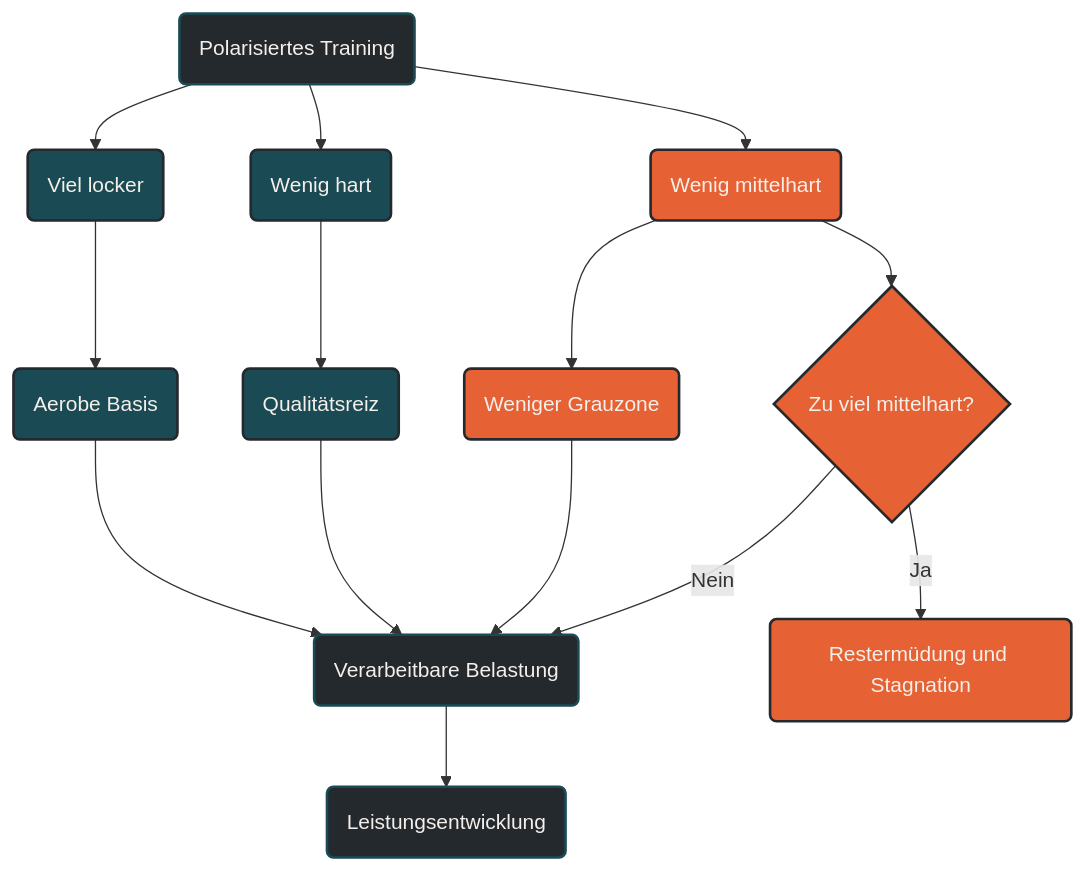
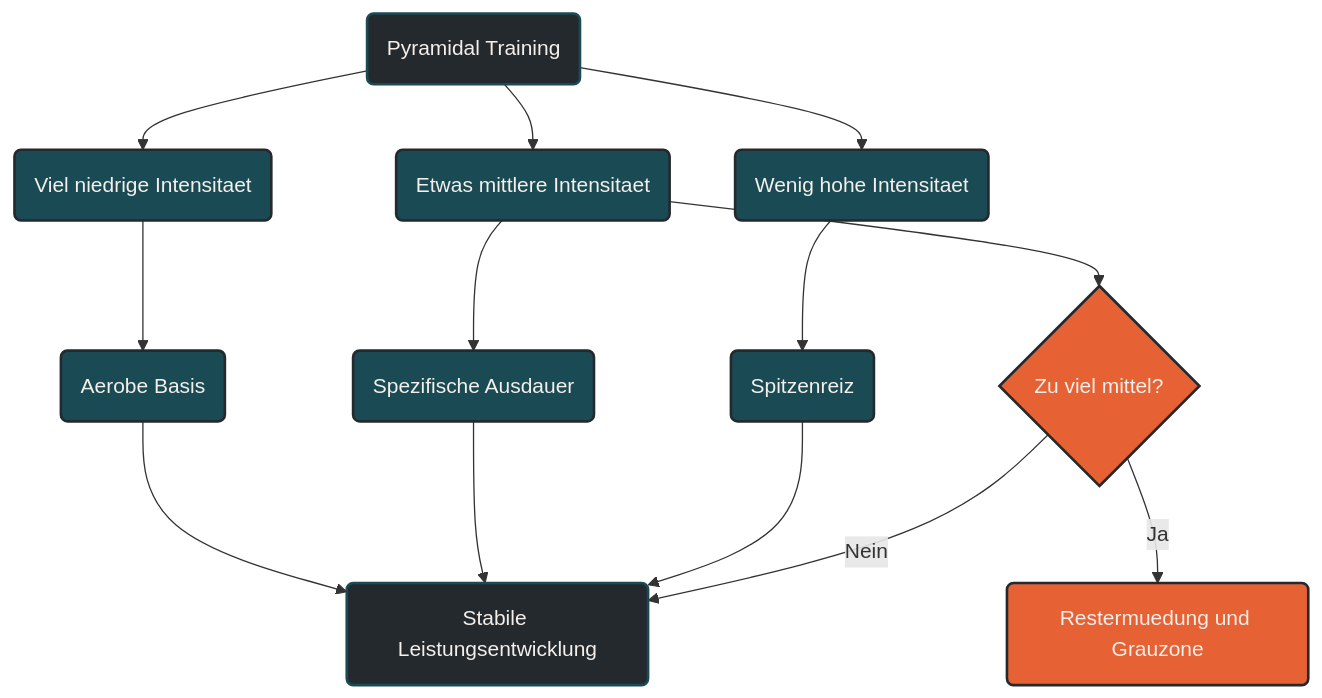
Before and after one commit to Quixos40K/ausdauersport-typemill: the diagram in content/00-ausdauersport/00-trainingswissenschaft/01-trainingsintensitaeten/05-pyramidal-training.md, drawn with Mermaid. The commit also changed other lines of this file, not shown here.

First line of the commit message:
Change 'Polarisiertes Training' to 'Pyramidal Training'

````diff
--- a/content/00-ausdauersport/00-trainingswissenschaft/01-trainingsintensitaeten/05-pyramidal-training.md
+++ b/content/00-ausdauersport/00-trainingswissenschaft/01-trainingsintensitaeten/05-pyramidal-training.md
@@ -106,37 +107,34 @@
 ```mermaid
 graph TD
-    A(Polarisiertes Training) --> B(Viel locker)
-    A --> C(Wenig hart)
-    A --> D(Wenig mittelhart)
+    A(Pyramidal Training) --> B(Viel niedrige Intensitaet)
+    A --> C(Etwas mittlere Intensitaet)
+    A --> D(Wenig hohe Intensitaet)
 
     B --> E(Aerobe Basis)
-    C --> F(Qualitätsreiz)
-    D --> G(Weniger Grauzone)
+    C --> F(Spezifische Ausdauer)
+    D --> G(Spitzenreiz)
 
-    E --> H(Verarbeitbare Belastung)
+    E --> H(Stabile Leistungsentwicklung)
     F --> H
     G --> H
 
-    H --> I(Leistungsentwicklung)
-
-    D --> J{Zu viel mittelhart?}
-    J -->|Ja| K(Restermüdung und Stagnation)
-    J -->|Nein| H
+    C --> I{Zu viel mittel?}
+    I -->|Ja| J(Restermuedung und Grauzone)
+    I -->|Nein| H
 
     classDef default fill:#F4EFEA,stroke:#1A4B54,stroke-width:2px,color:#24292E;
     classDef primary fill:#1A4B54,stroke:#24292E,stroke-width:2px,color:#F4EFEA;
     classDef highlight fill:#E66133,stroke:#24292E,stroke-width:2px,color:#F4EFEA;
     classDef dark fill:#24292E,stroke:#1A4B54,stroke-width:2px,color:#F4EFEA;
 
     class A dark;
     class B primary;
     class C primary;
-    class D highlight;
+    class D primary;
     class E primary;
     class F primary;
-    class G highlight;
+    class G primary;
     class H dark;
-    class I dark;
+    class I highlight;
     class J highlight;
-    class K highlight;
 ```
````
